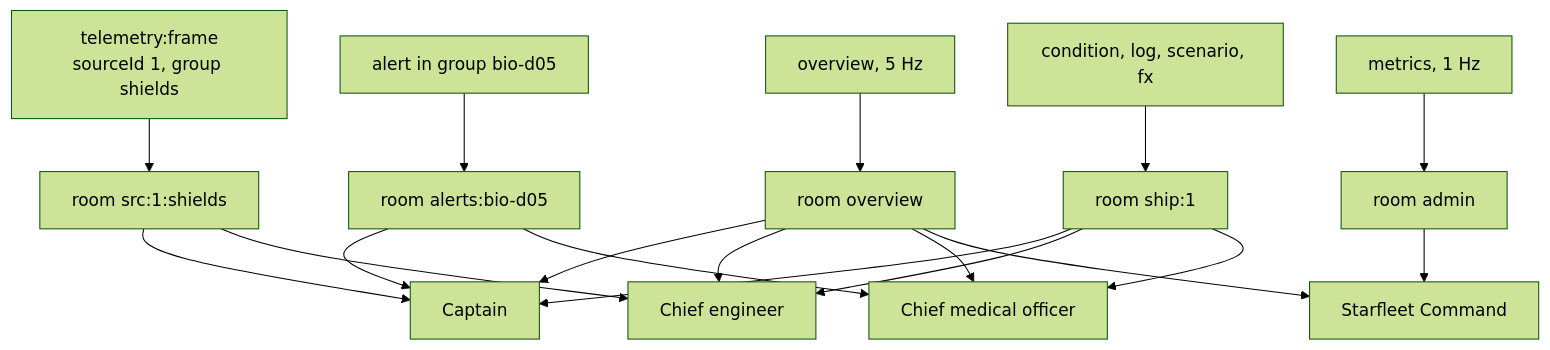
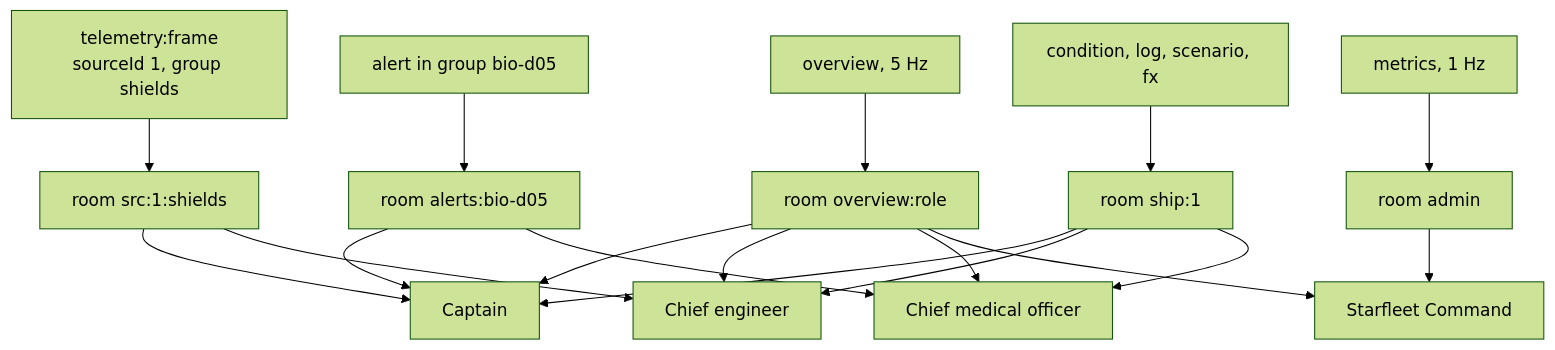
Before and after one commit to Paradox-73/NCC-1701: the fourth of 7 diagrams in docs/ARCHITECTURE.md, drawn with Mermaid (forest theme). The commit also changed 2 other files, not shown here.

Commit message:
Rewrite the README for the real flow: define samples and channel values, add links, prerequisites, History and Alerts access, an accurate roles table, honest engine reuse and optional audio; update the protocol notes

````diff
--- a/docs/ARCHITECTURE.md
+++ b/docs/ARCHITECTURE.md
@@ -121,15 +121,15 @@
 ```mermaid
 flowchart TB
   F["telemetry:frame<br/>sourceId 1, group shields"] --> R1["room src:1:shields"]
-  O["overview, 5 Hz"] --> R2["room overview"]
+  O["overview, 5 Hz"] --> R2["room overview:role"]
   AL["alert in group bio-d05"] --> R3["room alerts:bio-d05"]
   EV["condition, log, scenario, fx"] --> R4["room ship:1"]
   MET["metrics, 1 Hz"] --> R5["room admin"]
 
   R1 --> CAP["Captain"]
   R1 --> ENG["Chief engineer"]
   R2 --> CAP & ENG & CMO["Chief medical officer"] & SFC["Starfleet Command"]
   R3 --> CAP & CMO
   R4 --> CAP & ENG & CMO
   R5 --> SFC
 ```
````
